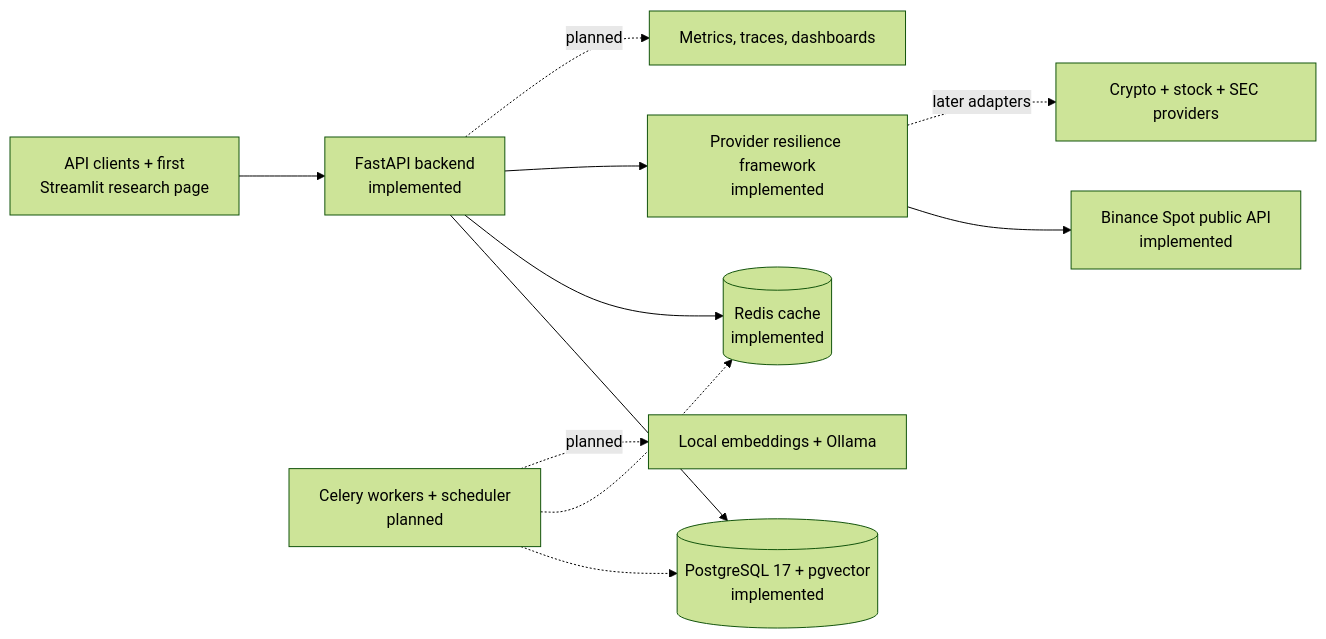
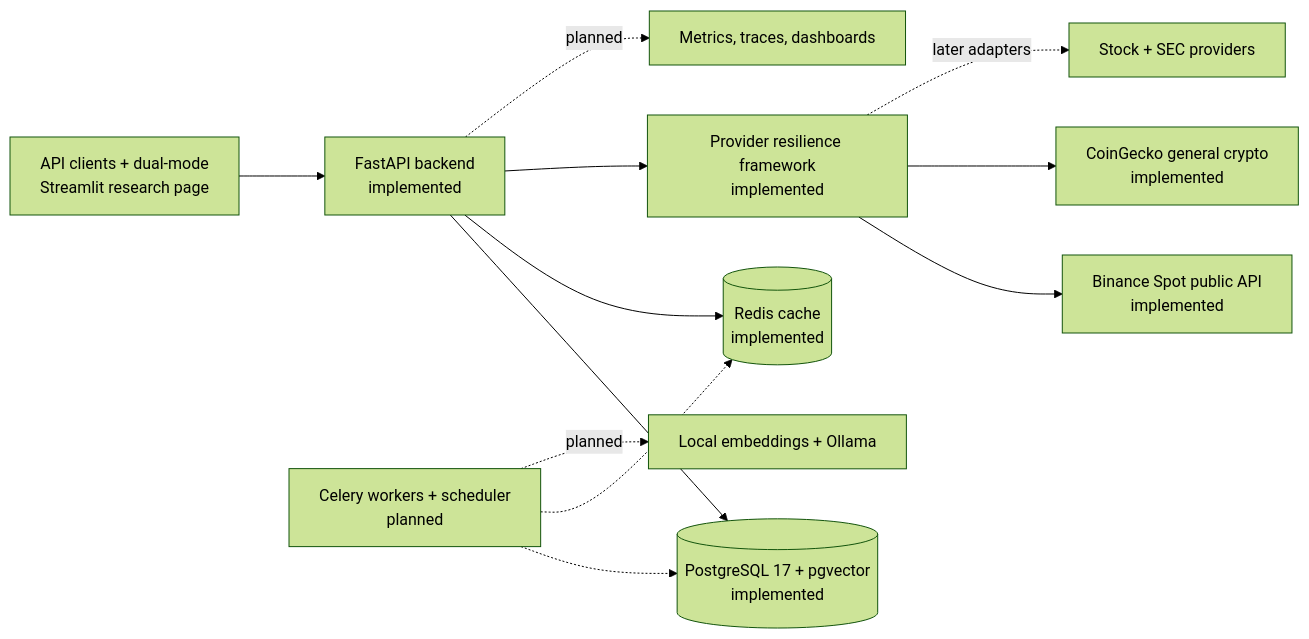
One commit to moazsarwar2004/ai-investment-research-copilot changed the diagram in README.md. Above: the diagram before and after it, drawn with Mermaid (forest theme). The commit also changed other lines of this file and 28 other files, not shown here.

Commit message:
feat: complete phase 6 general crypto research

````diff
--- a/README.md
+++ b/README.md
@@ -65,13 +66,14 @@
 ```mermaid
 flowchart LR
-    Client["API clients + first<br/>Streamlit research page"] --> API["FastAPI backend<br/>implemented"]
+    Client["API clients + dual-mode<br/>Streamlit research page"] --> API["FastAPI backend<br/>implemented"]
     API --> PostgreSQL[("PostgreSQL 17 + pgvector<br/>implemented")]
     API --> Redis[("Redis cache<br/>implemented")]
     API --> ProviderFramework["Provider resilience framework<br/>implemented"]
     ProviderFramework --> Binance["Binance Spot public API<br/>implemented"]
-    ProviderFramework -. "later adapters" .-> Providers["Crypto + stock + SEC providers"]
+    ProviderFramework --> CoinGecko["CoinGecko general crypto<br/>implemented"]
+    ProviderFramework -. "later adapters" .-> Providers["Stock + SEC providers"]
     Workers["Celery workers + scheduler<br/>planned"] -.-> PostgreSQL
     Workers -.-> Redis
     Workers -. "planned" .-> Ollama["Local embeddings + Ollama"]
     API -. "planned" .-> Observability["Metrics, traces, dashboards"]
 ```
````
